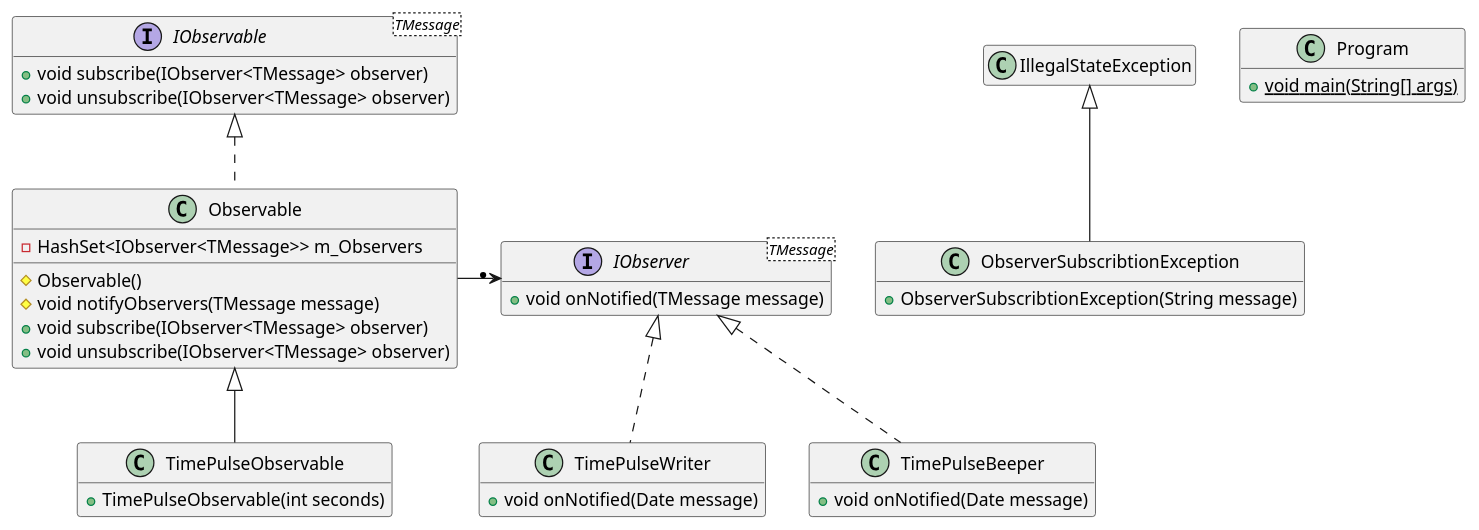
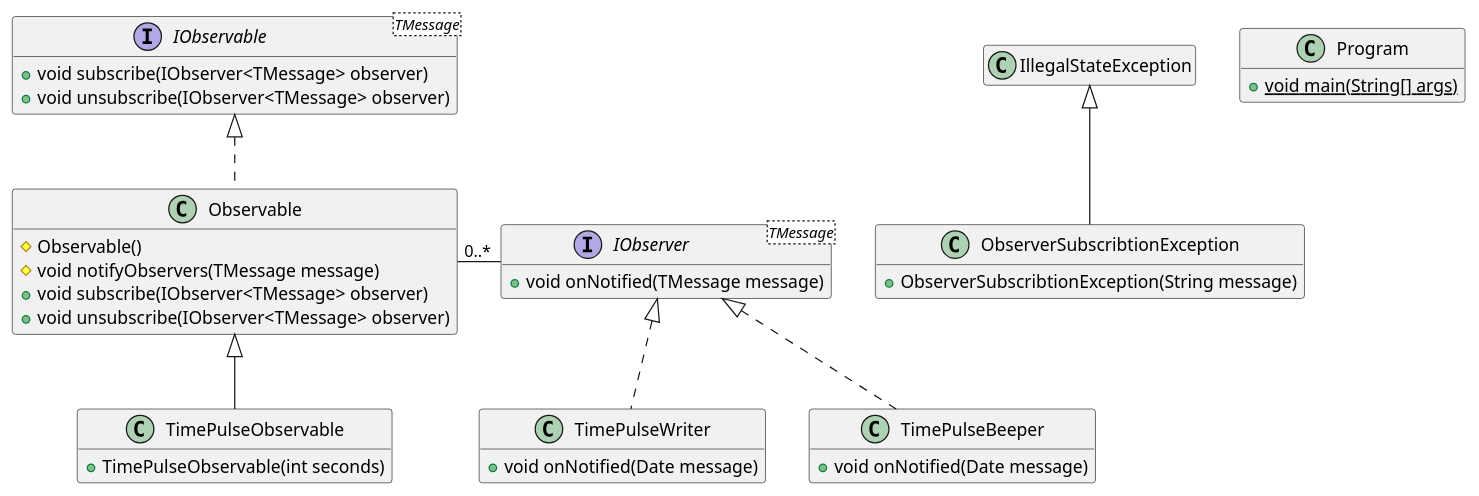
One commit to BeqaKhaburdzania/FreeUni-SDP-2013-Lab-UML changed the diagram in Observer/Observer.puml. Above: the diagram before and after it, drawn with PlantUML.

Commit message:
#19 aggregation done

```diff
--- a/Observer/Observer.puml
+++ b/Observer/Observer.puml
@@ -1,41 +1,40 @@
 @startuml
 
 	interface IObservable as "IObservable<TMessage>"
 	IObservable : + void subscribe(IObserver<TMessage> observer)
 	IObservable : + void unsubscribe(IObserver<TMessage> observer)
 	hide IObservable field
 
 	class Observable implements IObservable
-	Observable : - HashSet<IObserver<TMessage>> m_Observers
 	Observable : # Observable()
 	Observable : # void notifyObservers(TMessage message)
 	Observable : + void subscribe(IObserver<TMessage> observer)
 	Observable : + void unsubscribe(IObserver<TMessage> observer)
+	Observable - "0..*" IObserver
+	hide Observable field
 
 	interface IObserver as "IObserver<TMessage>"
 	IObserver : + void onNotified(TMessage message) 
 	hide IObserver field
 
 	class TimePulseWriter implements IObserver
 	TimePulseWriter : + void onNotified(Date message)
 	hide TimePulseWriter field
 
 	class TimePulseBeeper implements IObserver
 	TimePulseBeeper : + void onNotified(Date message)
 	hide TimePulseBeeper field
 
 	class TimePulseObservable extends Observable
 	TimePulseObservable : + TimePulseObservable(int seconds)
 	hide TimePulseObservable field
 
-	Observable -> "* "IObserver
-
 	class ObserverSubscribtionException extends IllegalStateException
 	ObserverSubscribtionException : + ObserverSubscribtionException(String message)
 	hide ObserverSubscribtionException fields
 	hide IllegalStateException member
 
 	class Program 
 	Program : +{static}void main(String[] args)
 	hide Program field
 @enduml
```
